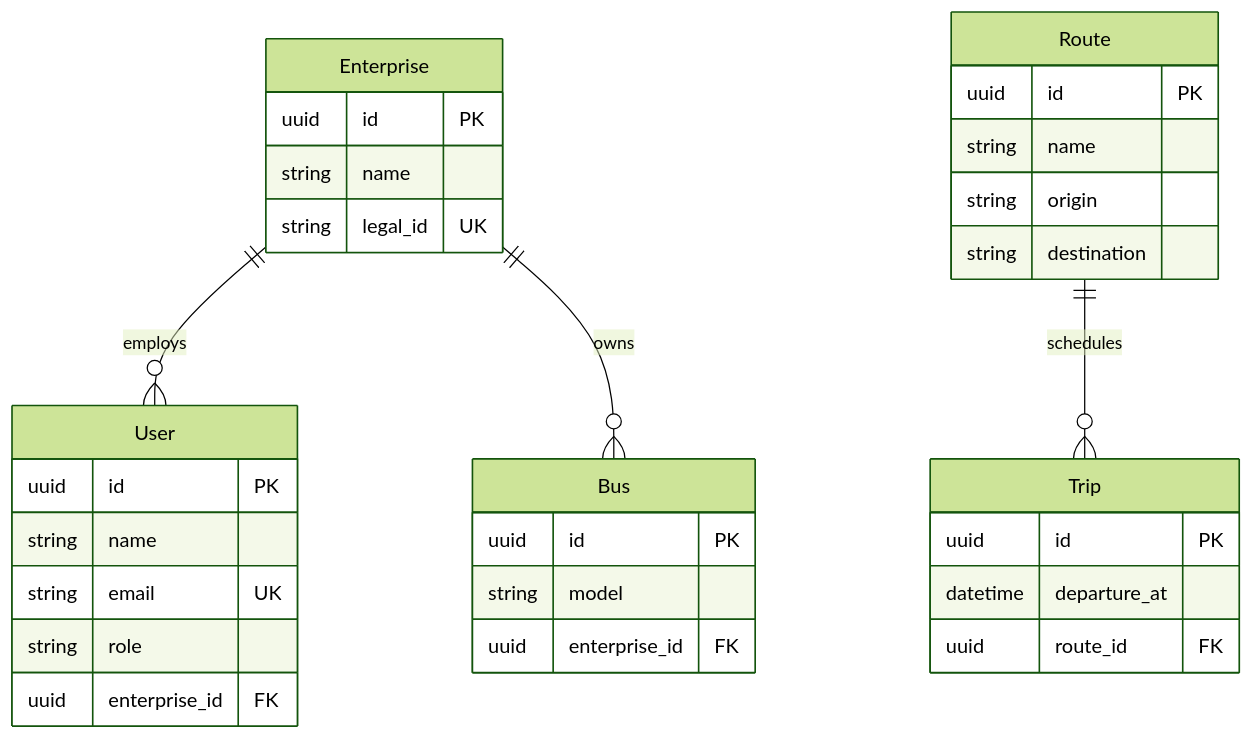
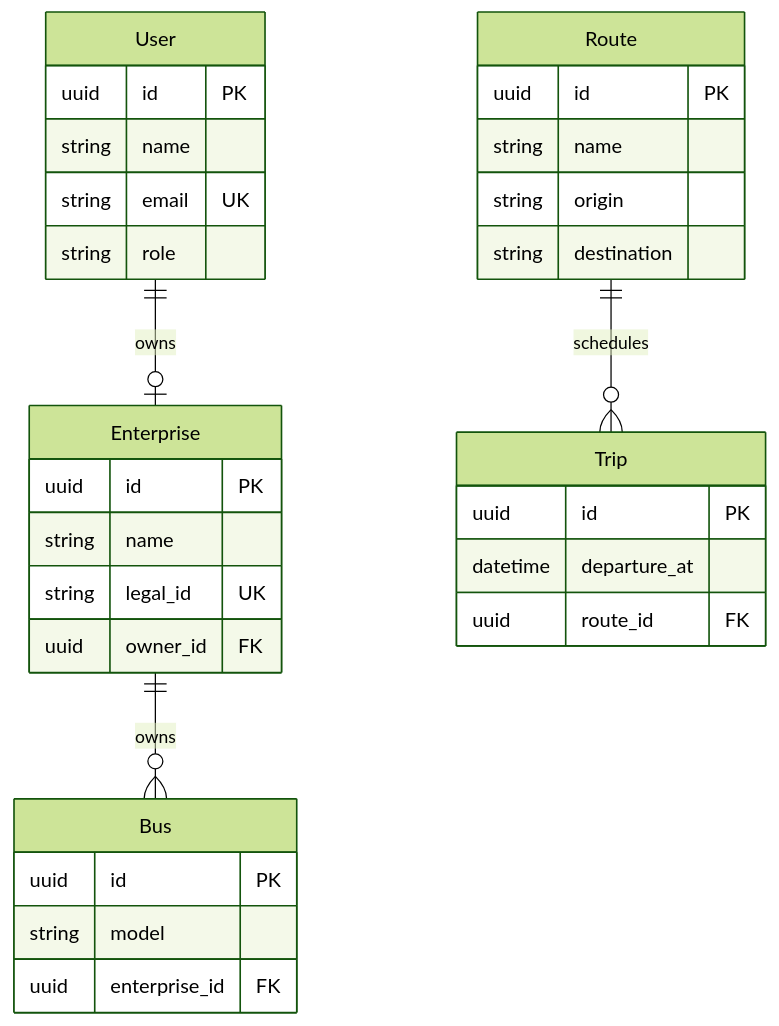
One commit to Agustin-Perezz/bus-system changed the diagram in README.md. Above: the diagram before and after it, drawn with Mermaid (forest theme). The commit also changed 2 other files, not shown here.

Commit message:
Update docs for enterprise-owner one-to-one relation

````diff
--- a/README.md
+++ b/README.md
@@ -11,35 +11,35 @@
 ```mermaid
 erDiagram
-    Enterprise ||--o{ User : "employs"
+    User ||--o| Enterprise : "owns"
     Enterprise ||--o{ Bus : "owns"
     Route ||--o{ Trip : "schedules"
 
     Enterprise {
         uuid id PK
         string name
         string legal_id UK
+        uuid owner_id FK
     }
     Route {
         uuid id PK
         string name
         string origin
         string destination
     }
     User {
         uuid id PK
         string name
         string email UK
         string role
-        uuid enterprise_id FK
     }
     Bus {
         uuid id PK
         string model
         uuid enterprise_id FK
     }
     Trip {
         uuid id PK
         datetime departure_at
         uuid route_id FK
     }
 ```
````
